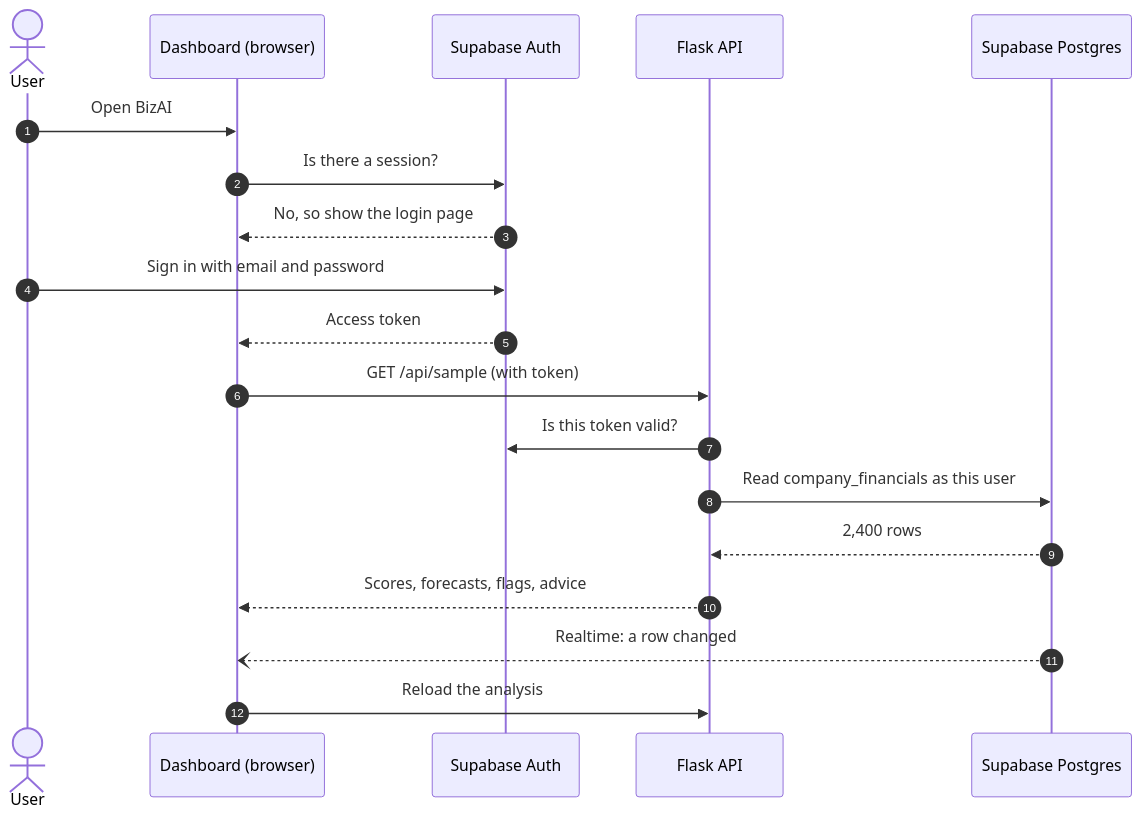
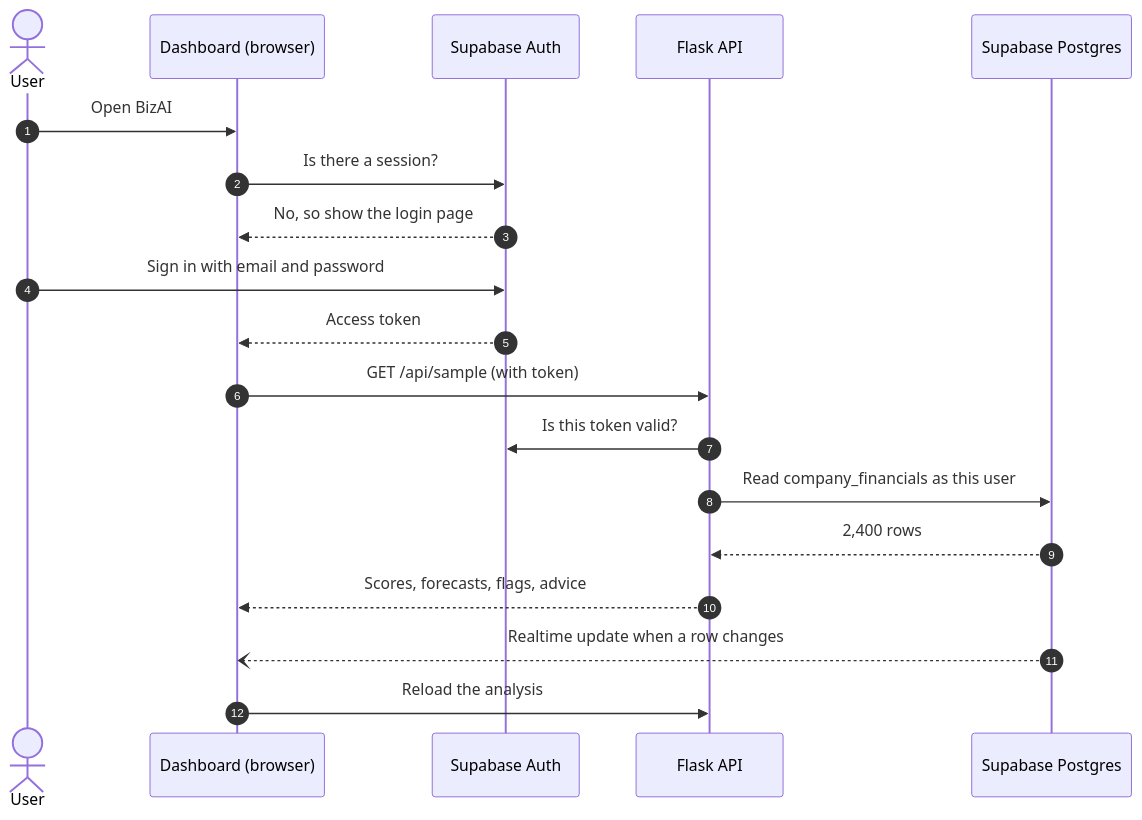
One commit to Dhanushree-BM13/BizAI changed the first of 2 diagrams in README.md. Above: the diagram before and after it, drawn with Mermaid. The commit also changed other lines of this file, not shown here.

````diff
--- a/README.md
+++ b/README.md
@@ -99,21 +99,21 @@
 ```mermaid
 sequenceDiagram
     autonumber
     actor User
     participant Page as Dashboard (browser)
     participant Auth as Supabase Auth
     participant API as Flask API
     participant DB as Supabase Postgres
     User->>Page: Open BizAI
     Page->>Auth: Is there a session?
     Auth-->>Page: No, so show the login page
     User->>Auth: Sign in with email and password
     Auth-->>Page: Access token
     Page->>API: GET /api/sample (with token)
     API->>Auth: Is this token valid?
     API->>DB: Read company_financials as this user
     DB-->>API: 2,400 rows
     API-->>Page: Scores, forecasts, flags, advice
-    DB--)Page: Realtime: a row changed
+    DB--)Page: Realtime update when a row changes
     Page->>API: Reload the analysis
 ```
````
